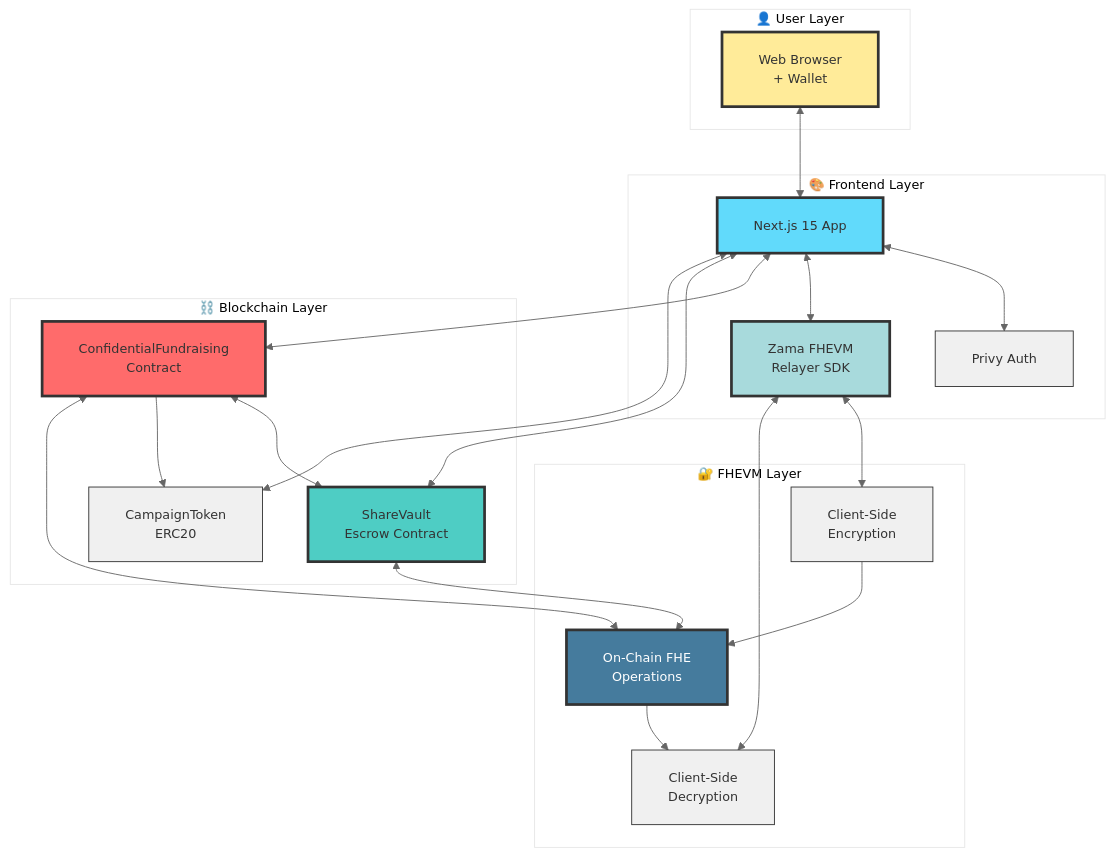
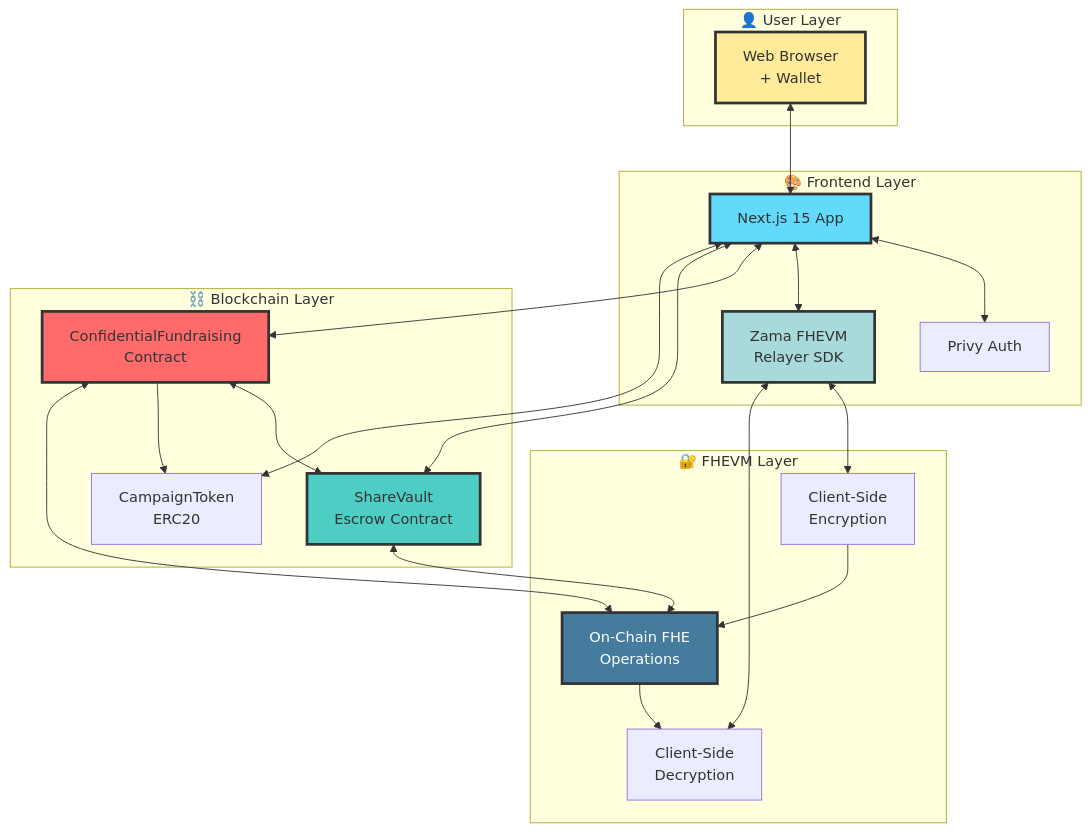
Before and after one commit to cris-the-dev/confidental-fundraising: the first of 8 diagrams in README.md, drawn with Mermaid. The commit also changed other lines of this file, not shown here.

Commit message:
chore(): update mermaid diagrams style

````diff
--- a/README.md
+++ b/README.md
@@ -27,48 +27,46 @@
 ```mermaid
-%%{init: {'theme':'base', 'themeVariables': {'primaryColor':'#f0f0f0','primaryTextColor':'#333','primaryBorderColor':'#333','lineColor':'#666','secondaryColor':'#e8e8e8','tertiaryColor':'#fff','fontFamily':'Comic Sans MS, cursive, sans-serif','fontSize':'14px'},'flowchart':{'curve':'basis','padding':20}}}%%
-
 graph TB
     subgraph "👤 User Layer"
         User[Web Browser<br/>+ Wallet]
     end
 
     subgraph "🎨 Frontend Layer"
         NextJS[Next.js 15 App]
         Privy[Privy Auth]
         FHEVM_SDK[Zama FHEVM<br/>Relayer SDK]
     end
 
     subgraph "⛓️ Blockchain Layer"
         CF[ConfidentialFundraising<br/>Contract]
         SV[ShareVault<br/>Escrow Contract]
         CT[CampaignToken<br/>ERC20]
     end
 
     subgraph "🔐 FHEVM Layer"
         Encrypt[Client-Side<br/>Encryption]
         Decrypt[Client-Side<br/>Decryption]
         FHE_Ops[On-Chain FHE<br/>Operations]
     end
 
     User <--> NextJS
     NextJS <--> Privy
     NextJS <--> FHEVM_SDK
     FHEVM_SDK <--> Encrypt
     FHEVM_SDK <--> Decrypt
     NextJS <--> CF
     NextJS <--> SV
     NextJS <--> CT
     CF <--> SV
     CF --> CT
     CF <--> FHE_Ops
     SV <--> FHE_Ops
     Encrypt --> FHE_Ops
     FHE_Ops --> Decrypt
 
     style User fill:#ffeb99,stroke:#333,stroke-width:3px
     style NextJS fill:#61dafb,stroke:#333,stroke-width:3px
     style CF fill:#ff6b6b,stroke:#333,stroke-width:3px
     style SV fill:#4ecdc4,stroke:#333,stroke-width:3px
     style FHEVM_SDK fill:#a8dadc,stroke:#333,stroke-width:3px
     style FHE_Ops fill:#457b9d,stroke:#333,stroke-width:3px,color:#fff
 ```
````
